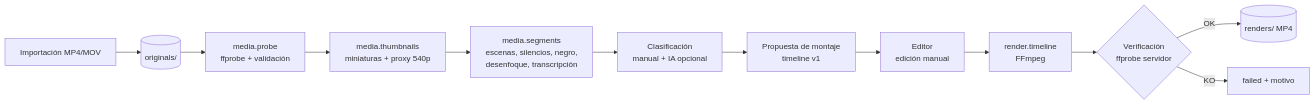
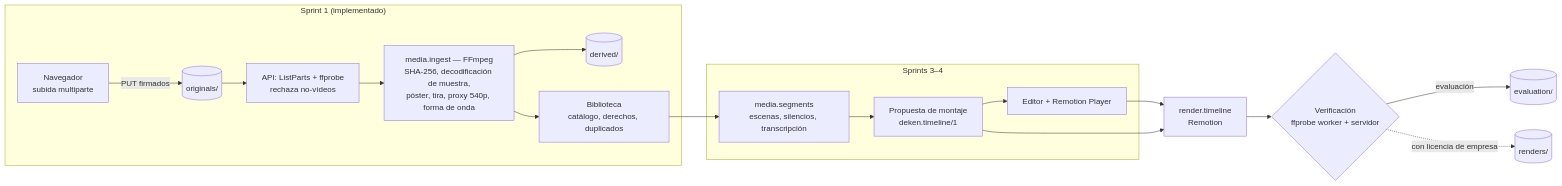
One commit to akapaez/DEKEN-STUDIO changed the third of 3 diagrams in ARCHITECTURE.md. Above: the diagram before and after it, drawn with Mermaid. The commit also changed other lines of this file and 58 other files, not shown here.

````diff
--- a/ARCHITECTURE.md
+++ b/ARCHITECTURE.md
@@ -234,14 +251,20 @@
 ```mermaid
 flowchart LR
-  I[Importación MP4/MOV] --> O[(originals/)]
-  O --> P[media.probe<br/>ffprobe + validación]
-  P --> T[media.thumbnails<br/>miniaturas + proxy 540p]
-  T --> S[media.segments<br/>escenas, silencios, negro,<br/>desenfoque, transcripción]
-  S --> C[Clasificación<br/>manual + IA opcional]
-  C --> M[Propuesta de montaje<br/>timeline v1]
-  M --> E[Editor<br/>edición manual]
-  E --> R[render.timeline<br/>FFmpeg]
-  R --> V{Verificación<br/>ffprobe servidor}
-  V -->|OK| X[(renders/ MP4)]
-  V -->|KO| F[failed + motivo]
+  subgraph Sprint1["Sprint 1 (implementado)"]
+    I[Navegador<br/>subida multiparte] -->|PUT firmados| O[(originals/)]
+    O --> P[API: ListParts + ffprobe<br/>rechaza no-vídeos]
+    P --> G[media.ingest — FFmpeg<br/>SHA-256, decodificación de muestra,<br/>póster, tira, proxy 540p, forma de onda]
+    G --> D[(derived/)]
+    G --> L[Biblioteca<br/>catálogo, derechos, duplicados]
+  end
+  subgraph Sprint34["Sprints 3–4"]
+    L --> S[media.segments<br/>escenas, silencios, transcripción]
+    S --> M[Propuesta de montaje<br/>deken.timeline/1]
+    M --> E[Editor + Remotion Player]
+  end
+  E --> R[render.timeline<br/>Remotion]
+  M --> R
+  R --> V{Verificación<br/>ffprobe worker + servidor}
+  V -->|evaluación| X[(evaluation/)]
+  V -.->|con licencia de empresa| Y[(renders/)]
 ```
````
